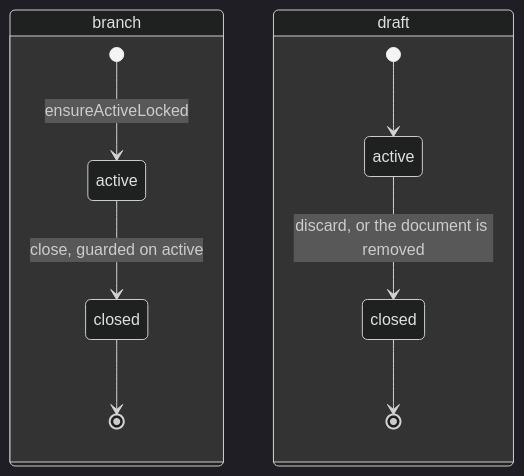
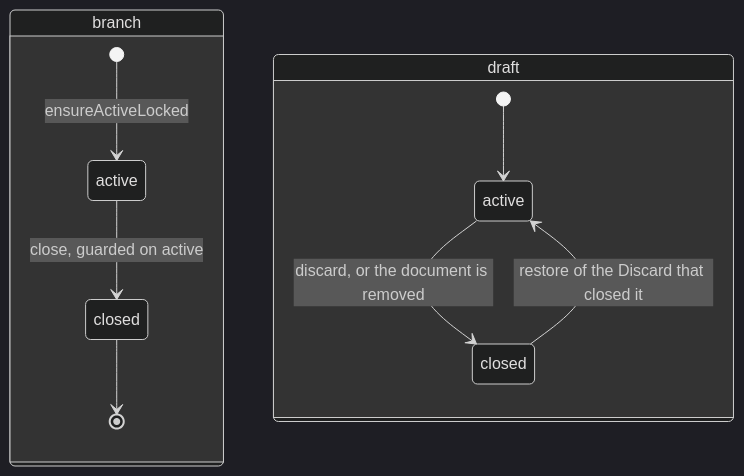
Before and after one commit to haowjy/meridian-flow: the diagram in apps/server/server/domains/collab/.context/state-machines.md, drawn with Mermaid (dark theme). The commit also changed other lines of this file and 15 other files, not shown here.

Commit message:
Trash lists Discard entries; restore refusals for expired, purged document and purged Work; turn inverse stops reading a discard as released bytes

````diff
--- a/apps/server/server/domains/collab/.context/state-machines.md
+++ b/apps/server/server/domains/collab/.context/state-machines.md
@@ -12,17 +12,17 @@
 ```mermaid
 stateDiagram-v2
   state "branch" as B {
     [*] --> b_active: ensureActiveLocked
     b_active --> b_closed: close, guarded on active
     b_closed --> [*]
     state "active" as b_active
     state "closed" as b_closed
   }
   state "draft" as D {
     [*] --> d_active
     d_active --> d_closed: discard, or the document is removed
-    d_closed --> [*]
+    d_closed --> d_active: restore of the Discard that closed it
     state "active" as d_active
     state "closed" as d_closed
   }
 ```
````
